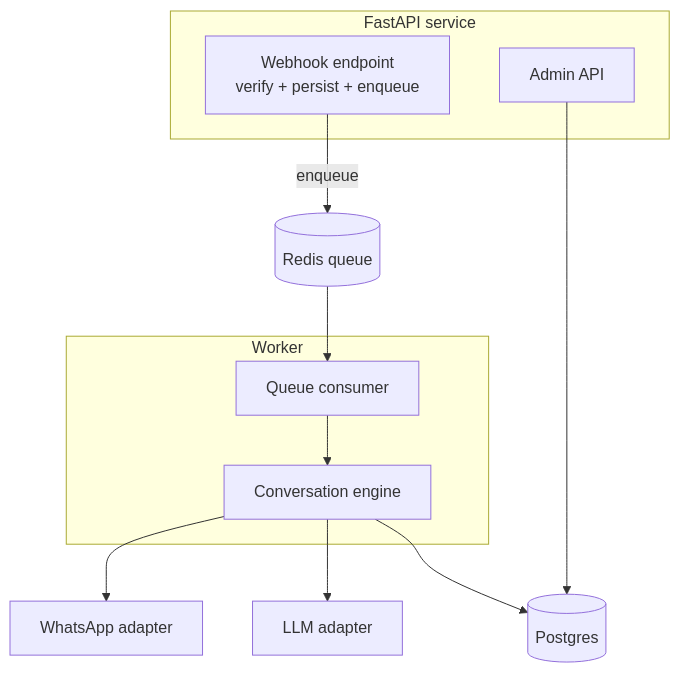
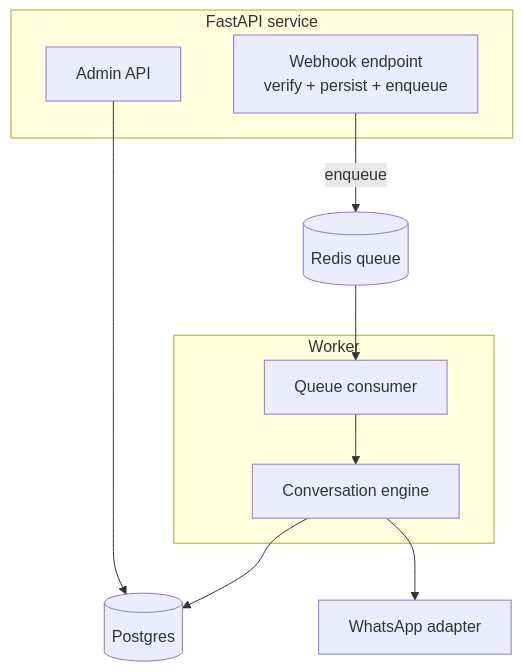
Before and after one commit to rodycastillo/tee-concierge: the second of 3 diagrams in docs/02-architecture.md, drawn with Mermaid. The commit also changed other lines of this file and 11 other files, not shown here.

````diff
--- a/docs/02-architecture.md
+++ b/docs/02-architecture.md
@@ -24,17 +22,16 @@
 ```mermaid
 flowchart TB
     subgraph API[FastAPI service]
         W[Webhook endpoint<br/>verify + persist + enqueue]
         ADM[Admin API]
     end
     subgraph WK[Worker]
         Q[Queue consumer]
         ENG[Conversation engine]
     end
     W -->|enqueue| RQ[(Redis queue)]
     RQ --> Q --> ENG
     ENG --> DB[(Postgres)]
-    ENG --> LLM[LLM adapter]
     ENG --> WA[WhatsApp adapter]
     ADM --> DB
 ```
````
